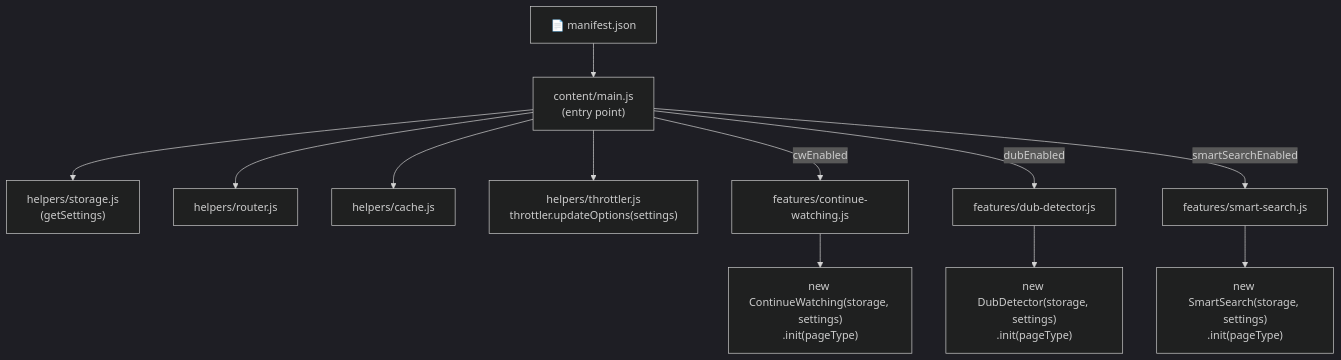
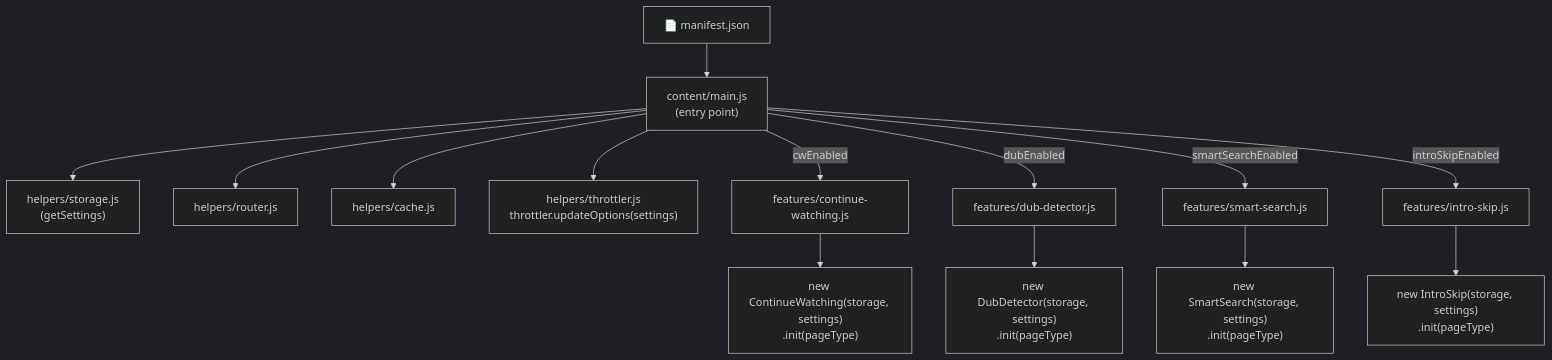
One commit to abdullahkhfb/animepahe-enhancer changed the second of 5 diagrams in README.md. Above: the diagram before and after it, drawn with Mermaid (dark theme). The commit also changed other lines of this file and 19 other files, not shown here.

````diff
--- a/README.md
+++ b/README.md
@@ -263,14 +328,16 @@
 ```mermaid
 flowchart TD
     MF["📄 manifest.json"] --> CM["content/main.js\n(entry point)"]
     CM --> HS["helpers/storage.js\n(getSettings)"]
     CM --> HR["helpers/router.js"]
     CM --> HCache["helpers/cache.js"]
     CM --> TH["helpers/throttler.js\nthrottler.updateOptions(settings)"]
     CM -->|cwEnabled| CW["features/continue-watching.js"]
     CM -->|dubEnabled| DD["features/dub-detector.js"]
     CM -->|smartSearchEnabled| SS["features/smart-search.js"]
+    CM -->|introSkipEnabled| IS["features/intro-skip.js"]
     CW --> CWI["new ContinueWatching(storage, settings)\n.init(pageType)"]
     DD --> DDI["new DubDetector(storage, settings)\n.init(pageType)"]
     SS --> SSI["new SmartSearch(storage, settings)\n.init(pageType)"]
+    IS --> ISI["new IntroSkip(storage, settings)\n.init(pageType)"]
 ```
````
